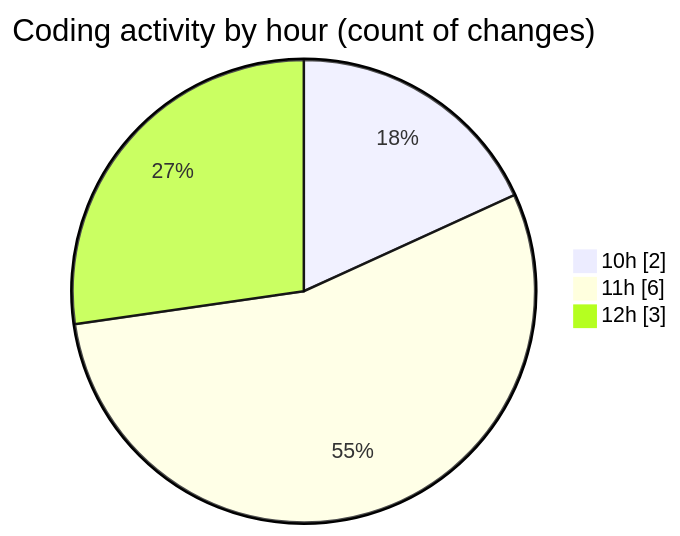
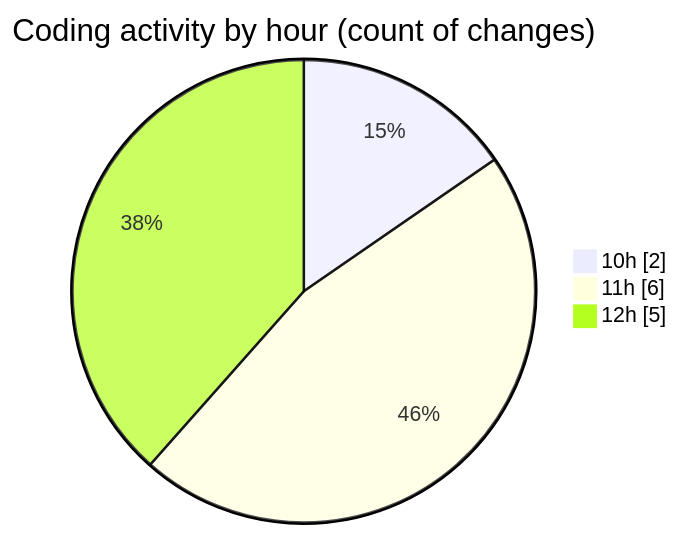
Before and after one commit to julien-gomy/code-tracking: the second of 2 diagrams in 2025-10-22/eventscop-frontend-guide__workspace_/README.md, drawn with Mermaid. The commit also changed other lines of this file and 1 other file, not shown here.

````diff
--- a/2025-10-22/eventscop-frontend-guide__workspace_/README.md
+++ b/2025-10-22/eventscop-frontend-guide__workspace_/README.md
@@ -32,7 +32,7 @@
 ```mermaid
 pie showData
 title Coding activity by hour (count of changes)
 "10h" : 2
 "11h" : 6
-"12h" : 3
+"12h" : 5
 ```
````
